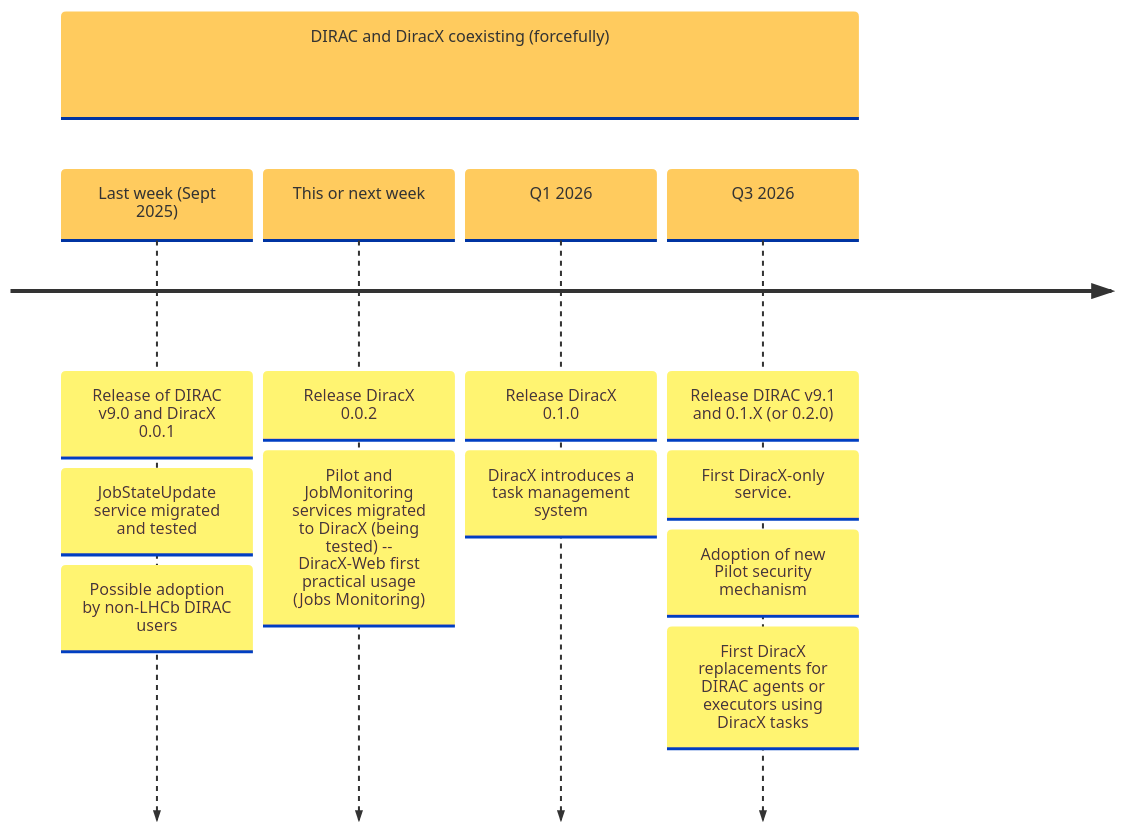
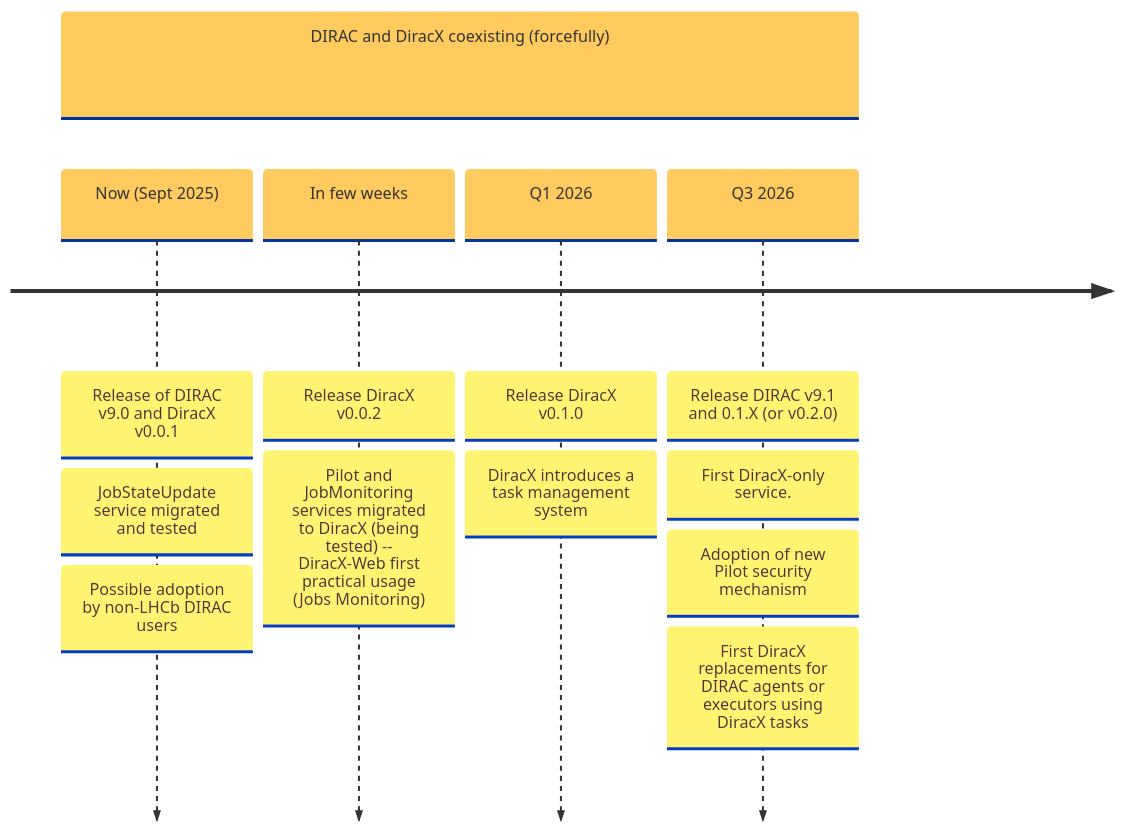
The fourth of 5 diagrams in slides.md (fstagni/2025_DUW_main), drawn with Mermaid before and after one commit. The commit also changed other lines of this file, not shown here.

````diff
--- a/slides.md
+++ b/slides.md
@@ -115,16 +930,16 @@
-```mermaid {scale:0.6}
+```mermaid {scale:0.5}
 %%{init: { 'logLevel': 'debug', 'theme': 'base', 'timeline': {'disableMulticolor': true}}}%%
     timeline
         section DIRAC and DiracX coexisting (forcefully)
-            Last week (Sept 2025) : Release of DIRAC v9.0 and DiracX 0.0.1
-                                  : JobStateUpdate service migrated and tested
-                                  : Possible adoption by non-LHCb DIRAC users
-            This or next week : Release DiracX 0.0.2
-                              : Pilot and JobMonitoring services migrated to DiracX (being tested) -- DiracX-Web first practical usage (Jobs Monitoring)
-            Q1 2026 : Release DiracX 0.1.0
+            Now (Sept 2025) : Release of DIRAC v9.0 and DiracX v0.0.1
+                            : JobStateUpdate service migrated and tested
+                            : Possible adoption by non-LHCb DIRAC users
+            In few weeks : Release DiracX v0.0.2
+                         : Pilot and JobMonitoring services migrated to DiracX (being tested) -- DiracX-Web first practical usage (Jobs Monitoring)
+            Q1 2026 : Release DiracX v0.1.0
                     : DiracX introduces a task management system
-            Q3 2026 : Release DIRAC v9.1 and 0.1.X (or 0.2.0)
+            Q3 2026 : Release DIRAC v9.1 and 0.1.X (or v0.2.0)
                     : First DiracX-only service. 
                     : Adoption of new Pilot security mechanism
                     : First DiracX replacements for DIRAC agents or executors using DiracX tasks
 ```
````
